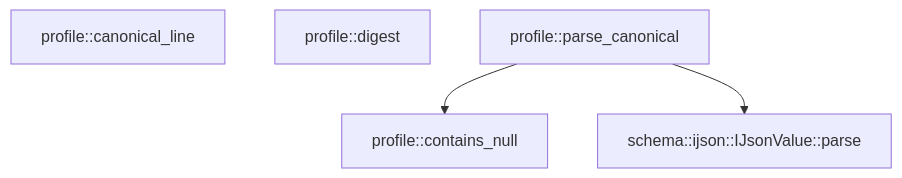
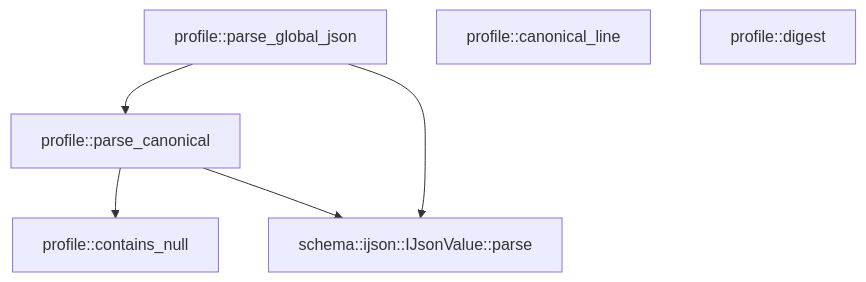
Before and after one commit to TekesApps/TekesKernel: the diagram in crates/profile/docs/generated/src--lib.md, drawn with Mermaid. The commit also changed other lines of this file and 15 other files, not shown here.

Commit message:
fix(profile): read existing formatted global config without rewriting (#90)

````diff
--- a/crates/profile/docs/generated/src--lib.md
+++ b/crates/profile/docs/generated/src--lib.md
@@ -88,10 +89,13 @@
 ```mermaid
 flowchart TD
-  n0["profile::canonical_line"]
-  n1["profile::digest"]
-  n2["profile::contains_null"]
-  n3["profile::parse_canonical"]
-  n4["schema::ijson::IJsonValue::parse"]
-  n3 --> n2
-  n3 --> n4
+  n0["profile::parse_global_json"]
+  n1["profile::canonical_line"]
+  n2["profile::digest"]
+  n3["profile::contains_null"]
+  n4["profile::parse_canonical"]
+  n5["schema::ijson::IJsonValue::parse"]
+  n0 --> n4
+  n0 --> n5
+  n4 --> n3
+  n4 --> n5
 ```
````
